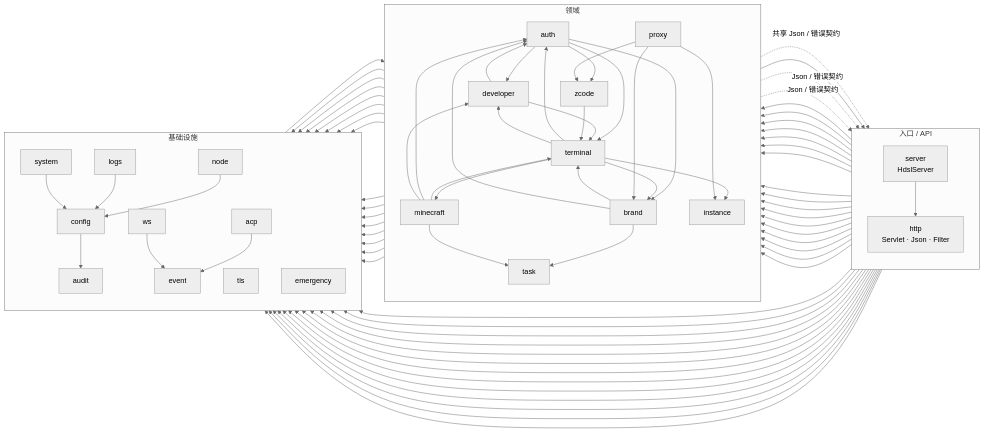
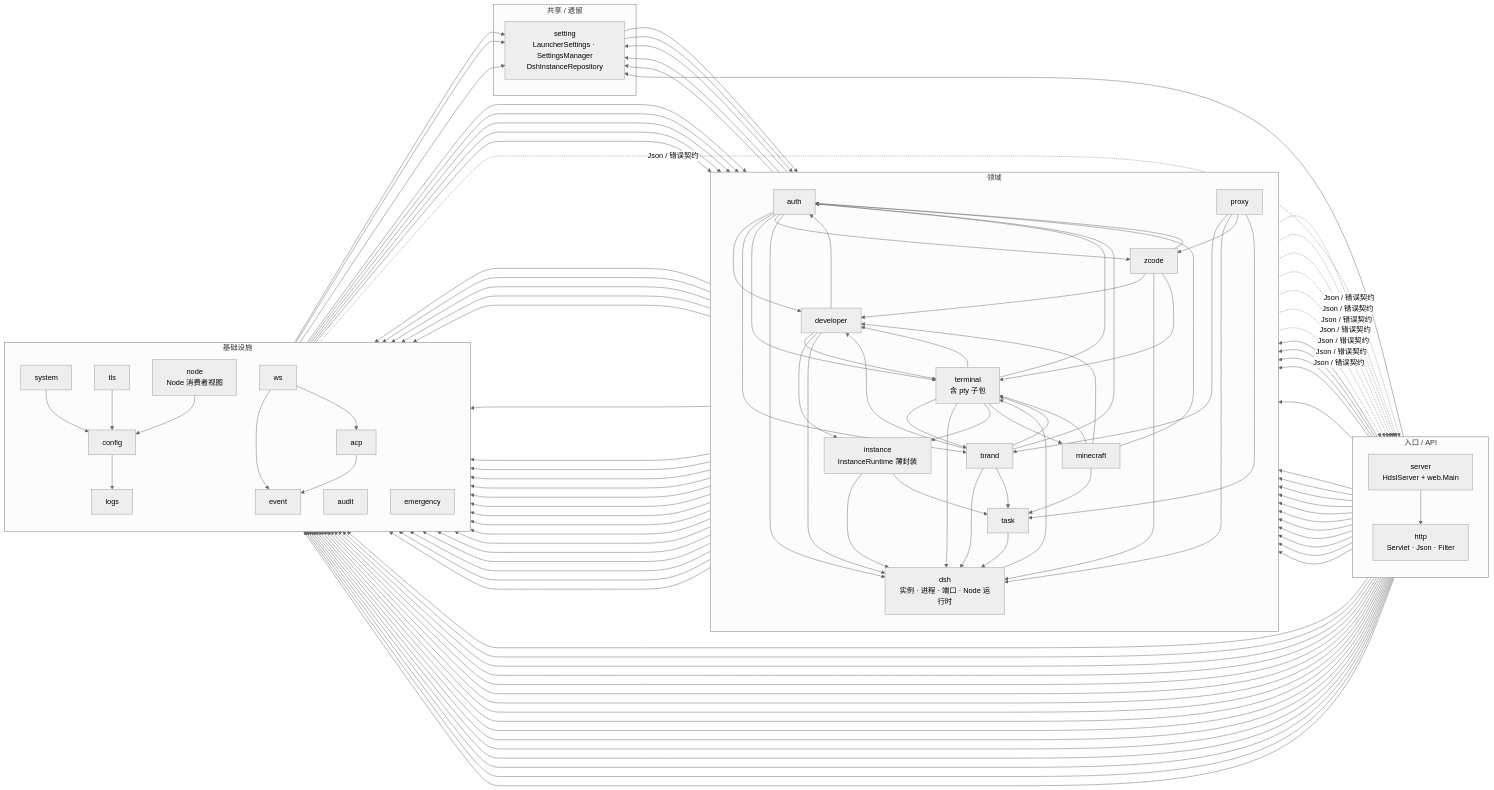
Before and after one commit to nas200-timmy/HDSL-WEB: the diagram in docs/architecture/backend.md, drawn with Mermaid (neutral theme). The commit also changed other lines of this file and 4 other files, not shown here.

First line of the commit message:
docs(architecture): 修正架构图与代码不符之处

````diff
--- a/docs/architecture/backend.md
+++ b/docs/architecture/backend.md
@@ -6,7 +8,7 @@
 flowchart LR
   subgraph entry["入口 / API"]
     direction TB
-    server["server<br/>HdslServer"]
+    server["server<br/>HdslServer + web.Main"]
     http["http<br/>Servlet · Json · Filter"]
   end
 
@@ -14,13 +16,18 @@
     direction TB
     auth["auth"]
     developer["developer"]
-    instance["instance"]
+    dsh["dsh<br/>实例 · 进程 · 端口 · Node 运行时"]
+    instance["instance<br/>InstanceRuntime 薄封装"]
     brand["brand"]
     minecraft["minecraft"]
     zcode["zcode"]
-    terminal["terminal"]
+    terminal["terminal<br/>含 pty 子包"]
     proxy["proxy"]
     task["task"]
+  end
+
+  subgraph shared["共享 / 遗留"]
+    setting["setting<br/>LauncherSettings · SettingsManager<br/>DshInstanceRepository"]
   end
 
   subgraph infra["基础设施"]
@@ -32,13 +39,14 @@
     system["system"]
     tls["tls"]
     ws["ws"]
-    node["node"]
+    node["node<br/>Node 消费者视图"]
     emergency["emergency"]
     acp["acp"]
   end
 
   server --> http
   server --> auth
+  server --> developer
   server --> instance
   server --> brand
   server --> minecraft
@@ -53,77 +61,119 @@
   server --> audit
   server --> emergency
   server --> acp
+  server --> system
 
   http --> auth
   http --> developer
   http --> instance
+  http --> dsh
   http --> brand
-  http --> minecraft
-  http --> zcode
   http --> task
   http --> terminal
-  http --> proxy
   http --> config
   http --> event
   http --> logs
   http --> node
   http --> tls
   http --> audit
+  http --> setting
+  http --> system
+  http --> emergency
 
   auth --> developer
   auth --> brand
   auth --> terminal
   auth --> zcode
-  auth -.->|"共享 Json / 错误契约"| http
-
-  terminal --> brand
-  terminal --> minecraft
-  terminal --> instance
-  terminal --> auth
-  terminal --> developer
-  terminal --> audit
-  terminal --> config
-
-  proxy --> brand
-  proxy --> zcode
-  proxy --> instance
-  proxy --> http
-
-  brand --> task
-  brand --> terminal
-  brand --> auth
-  brand --> audit
-  brand --> config
-  brand -.->|"Json / 错误契约"| http
-
-  minecraft --> task
-  minecraft --> terminal
-  minecraft --> auth
-  minecraft --> developer
-  minecraft --> audit
-  minecraft --> config
-  minecraft --> emergency
-  minecraft -.->|"Json / 错误契约"| http
+  auth --> audit
+  auth --> config
+  auth --> dsh
+  auth --> system
 
   developer --> auth
   developer --> config
   developer --> terminal
   developer --> emergency
+  developer --> instance
+  developer --> dsh
+  developer --> audit
 
+  instance --> dsh
+  instance --> emergency
+  instance --> event
+  instance --> task
+  instance --> setting
+
+  brand --> auth
+  brand --> developer
+  brand --> dsh
+  brand --> emergency
+  brand --> setting
+  brand --> task
+  brand --> terminal
+  brand --> audit
+  brand --> config
+
+  minecraft --> auth
+  minecraft --> developer
+  minecraft --> emergency
+  minecraft --> terminal
+  minecraft --> task
+  minecraft --> config
+  minecraft --> audit
+
+  zcode --> auth
+  zcode --> developer
+  zcode --> dsh
+  zcode --> emergency
+  zcode --> terminal
+  zcode --> config
+  zcode --> audit
+
+  terminal --> auth
+  terminal --> brand
+  terminal --> developer
+  terminal --> dsh
+  terminal --> instance
+  terminal --> minecraft
+  terminal --> emergency
+  terminal --> config
+  terminal --> audit
+
+  proxy --> brand
+  proxy --> dsh
+  proxy --> zcode
+  proxy --> task
+
+  task --> dsh
   task --> event
 
-  auth --> config
-  auth --> audit
-  brand --> event
-  minecraft --> event
-  zcode --> config
-  zcode --> terminal
+  setting --> brand
+  setting --> dsh
+  dsh --> setting
+  dsh --> terminal
 
-  config --> audit
+  config --> logs
+  config --> setting
   system --> config
-  logs --> config
+  tls --> config
+  ws --> acp
+  ws --> auth
   ws --> event
-  ws --> auth
+  node --> brand
   node --> config
+  node --> dsh
+  node --> setting
+  acp --> dsh
+  acp --> instance
   acp --> event
+  acp --> setting
+
+  auth -.->|"Json / 错误契约"| http
+  developer -.->|"Json / 错误契约"| http
+  brand -.->|"Json / 错误契约"| http
+  minecraft -.->|"Json / 错误契约"| http
+  zcode -.->|"Json / 错误契约"| http
+  terminal -.->|"Json / 错误契约"| http
+  proxy -.->|"Json / 错误契约"| http
+  system -.->|"Json / 错误契约"| http
 ```
````
